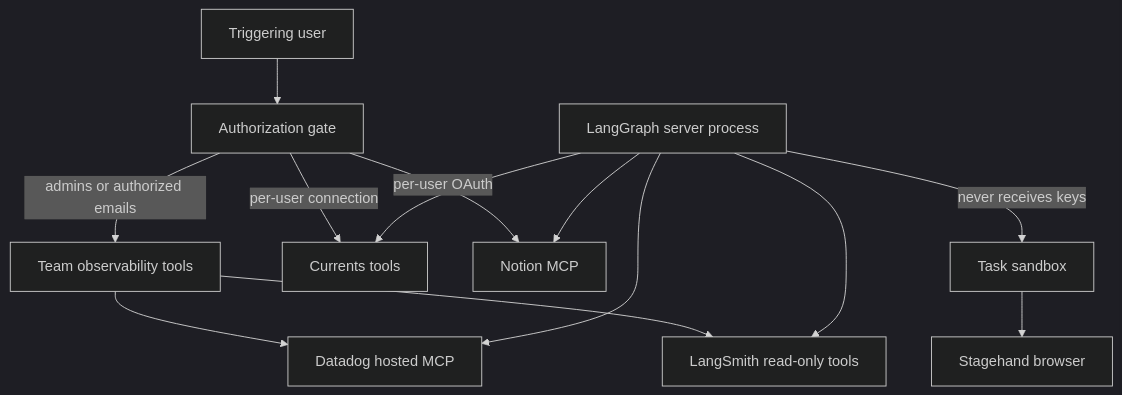
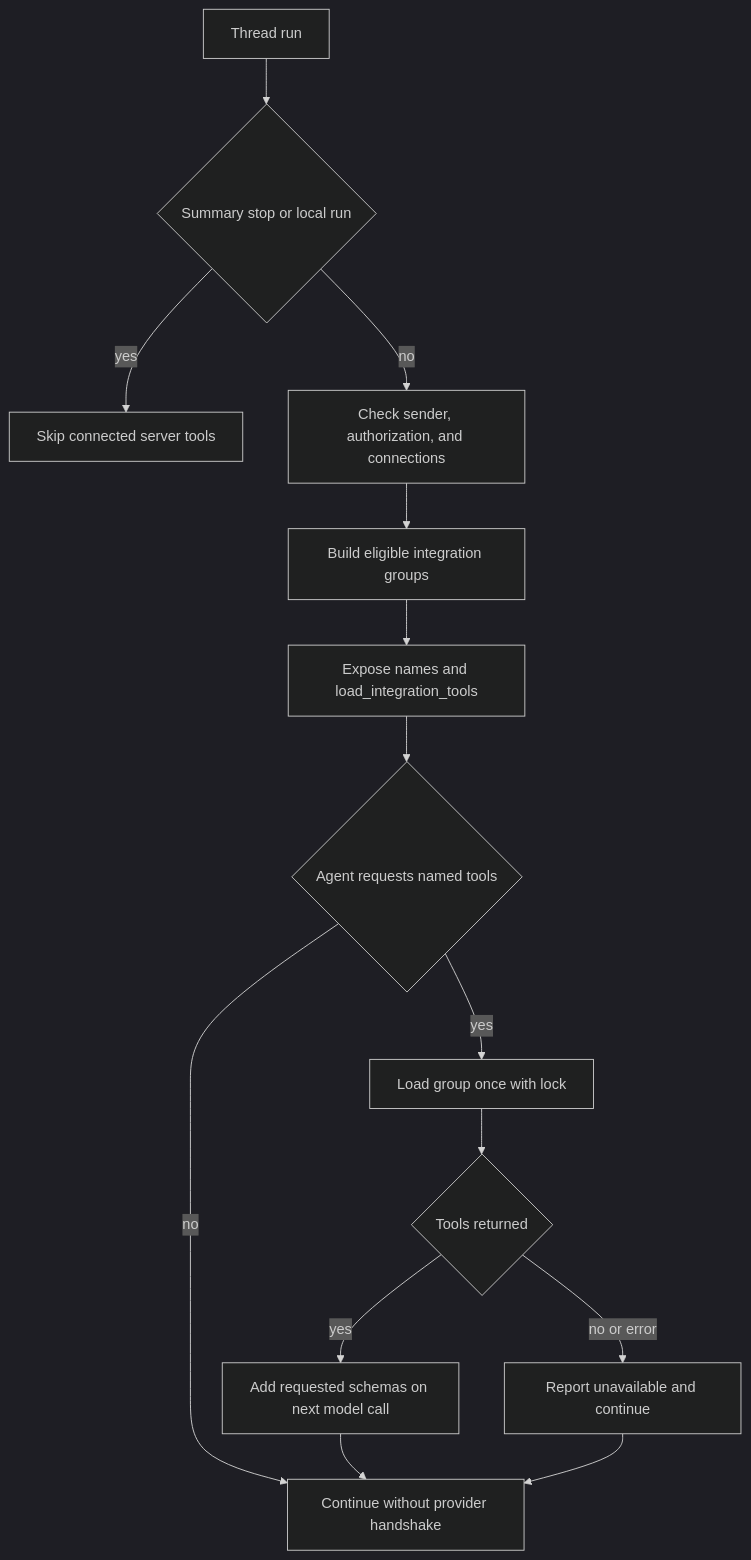
The diagram in openwiki/integrations/observability-and-mcp.md (langchain-ai/open-swe), drawn with Mermaid (dark theme) before and after one commit. The commit also changed other lines of this file and 52 other files, not shown here.

````diff
--- a/openwiki/integrations/observability-and-mcp.md
+++ b/openwiki/integrations/observability-and-mcp.md
@@ -75,15 +64,16 @@
 ```mermaid
 flowchart TD
-  User["Triggering user"] --> Gate["Authorization gate"]
-  Gate -->|"admins or authorized emails"| Team["Team observability tools"]
-  Team --> DD["Datadog hosted MCP"]
-  Team --> LS["LangSmith read-only tools"]
-  Gate -->|"per-user connection"| Cur["Currents tools"]
-  Gate -->|"per-user OAuth"| Notion["Notion MCP"]
-  Server["LangGraph server process"] --> DD
-  Server --> LS
-  Server --> Cur
-  Server --> Notion
-  Server -->|"never receives keys"| Sandbox["Task sandbox"]
-  Sandbox --> Stage["Stagehand browser"]
+  Start["Thread run"] --> Mode{"Summary stop or local run"}
+  Mode -->|"yes"| Skip["Skip connected server tools"]
+  Mode -->|"no"| Checks["Check sender, authorization, and connections"]
+  Checks --> Groups["Build eligible integration groups"]
+  Groups --> Catalog["Expose names and load_integration_tools"]
+  Catalog --> Request{"Agent requests named tools"}
+  Request -->|"no"| Model["Continue without provider handshake"]
+  Request -->|"yes"| Resolve["Load group once with lock"]
+  Resolve --> Ready{"Tools returned"}
+  Ready -->|"yes"| Schema["Add requested schemas on next model call"]
+  Ready -->|"no or error"| Unavailable["Report unavailable and continue"]
+  Schema --> Model
+  Unavailable --> Model
 ```
````
